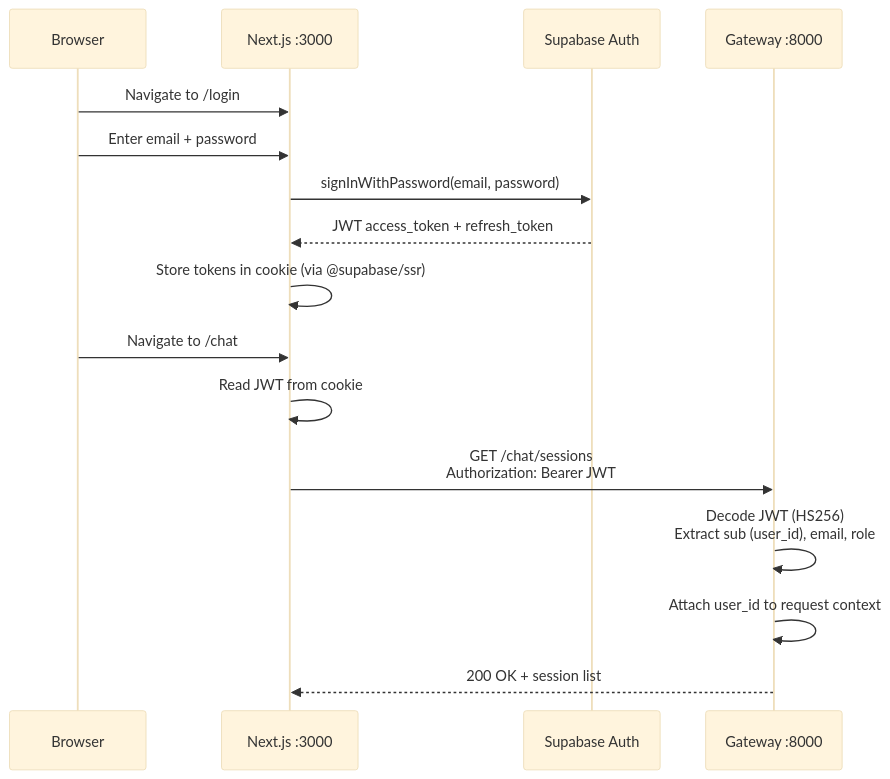
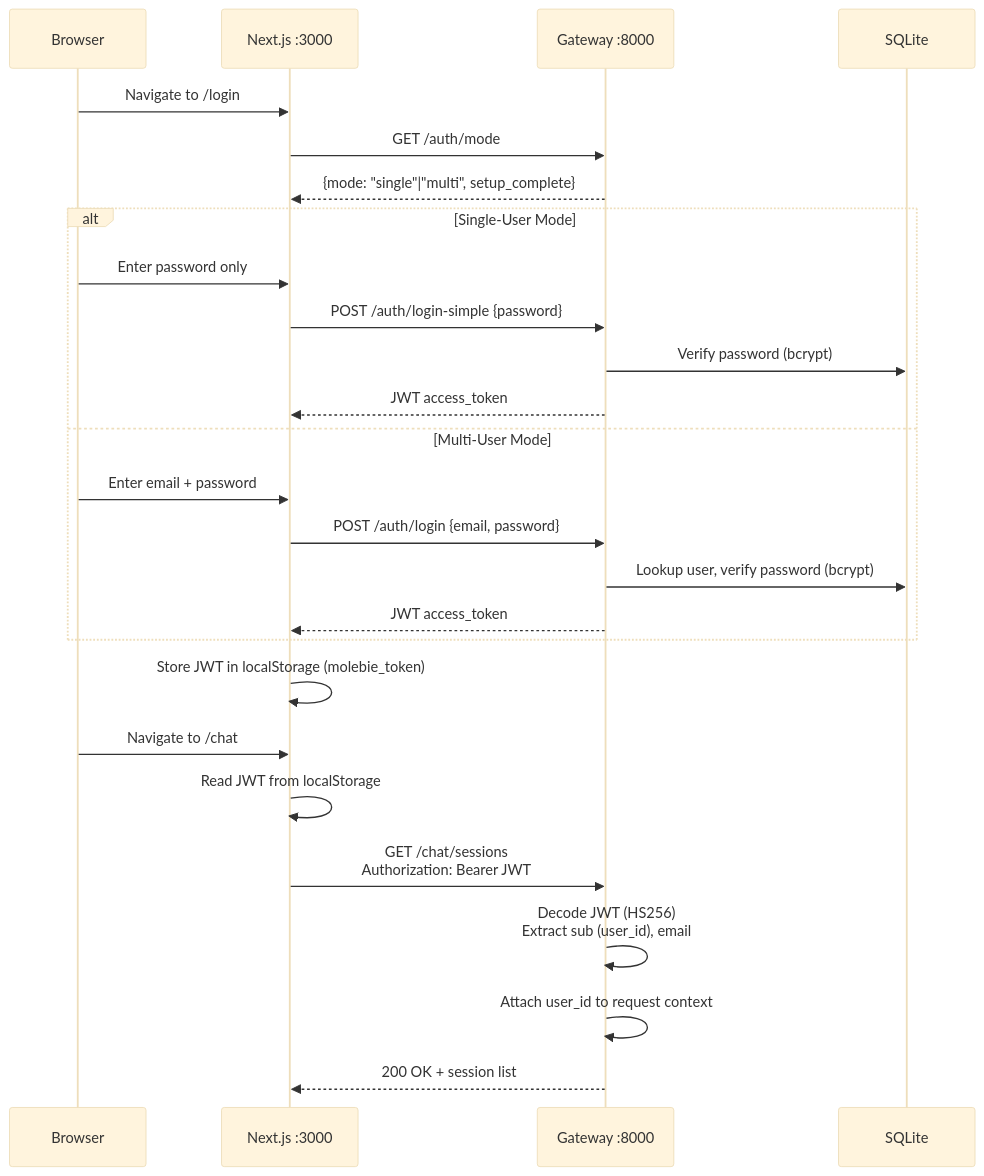
The third of 12 diagrams in full_system_architecture_map_730d3d3f.plan.md (Jimmy6929/Molebie_AI), drawn with Mermaid (base theme) before and after one commit. The commit also changed other lines of this file, not shown here.

First line of the commit message:
Replace Supabase with SQLite & add memories

````diff
--- a/full_system_architecture_map_730d3d3f.plan.md
+++ b/full_system_architecture_map_730d3d3f.plan.md
@@ -131,20 +136,32 @@
 ```mermaid
 sequenceDiagram
     participant U as Browser
     participant W as Next.js :3000
-    participant SA as Supabase Auth
     participant G as Gateway :8000
+    participant DB as SQLite
 
     U->>W: Navigate to /login
-    U->>W: Enter email + password
-    W->>SA: signInWithPassword(email, password)
-    SA-->>W: JWT access_token + refresh_token
-    W->>W: Store tokens in cookie (via @supabase/ssr)
+    W->>G: GET /auth/mode
+    G-->>W: {mode: "single"|"multi", setup_complete}
+
+    alt Single-User Mode
+        U->>W: Enter password only
+        W->>G: POST /auth/login-simple {password}
+        G->>DB: Verify password (bcrypt)
+        G-->>W: JWT access_token
+    else Multi-User Mode
+        U->>W: Enter email + password
+        W->>G: POST /auth/login {email, password}
+        G->>DB: Lookup user, verify password (bcrypt)
+        G-->>W: JWT access_token
+    end
+
+    W->>W: Store JWT in localStorage (molebie_token)
 
     U->>W: Navigate to /chat
-    W->>W: Read JWT from cookie
+    W->>W: Read JWT from localStorage
     W->>G: GET /chat/sessions<br/>Authorization: Bearer JWT
-    G->>G: Decode JWT (HS256)<br/>Extract sub (user_id), email, role
+    G->>G: Decode JWT (HS256)<br/>Extract sub (user_id), email
     G->>G: Attach user_id to request context
     G-->>W: 200 OK + session list
 ```
````
